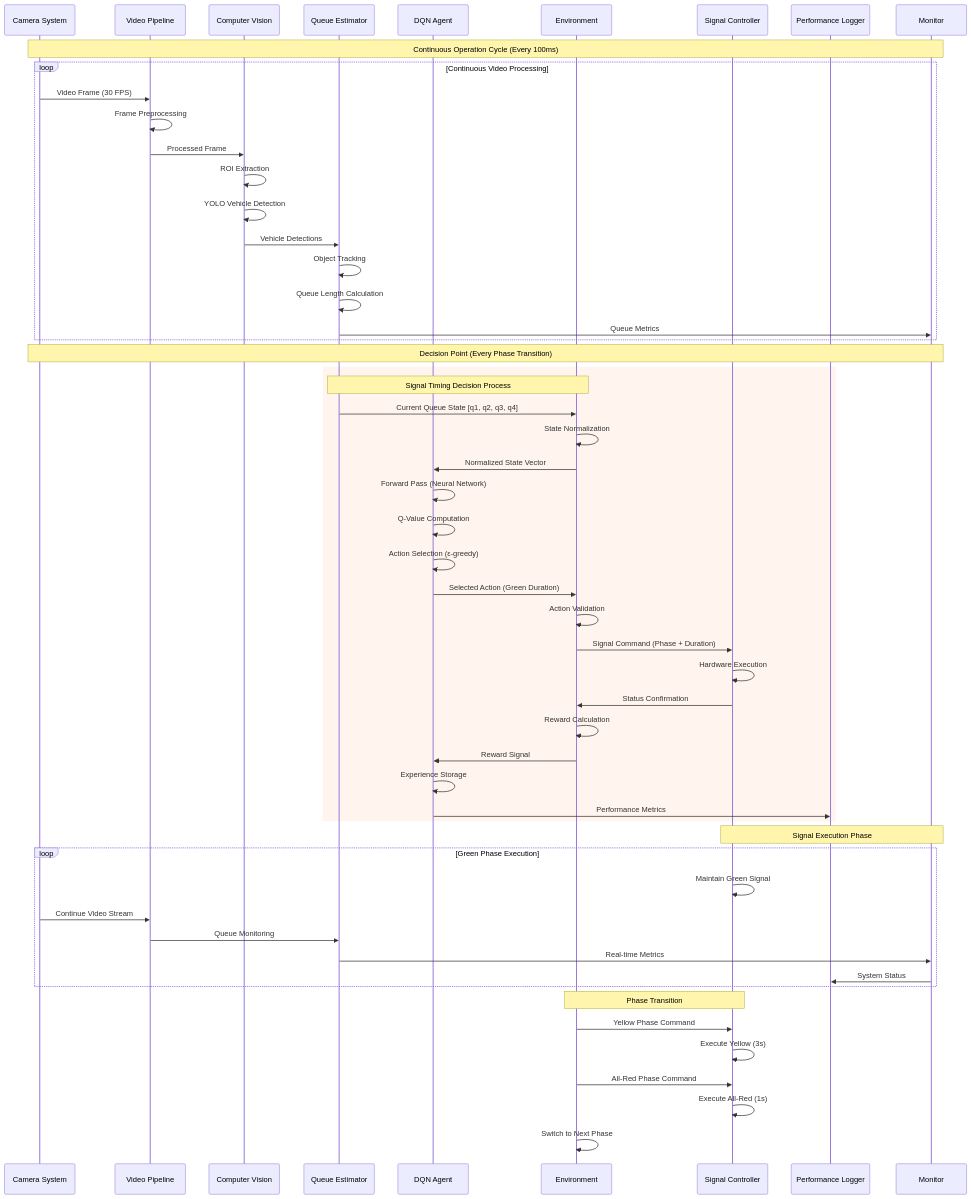
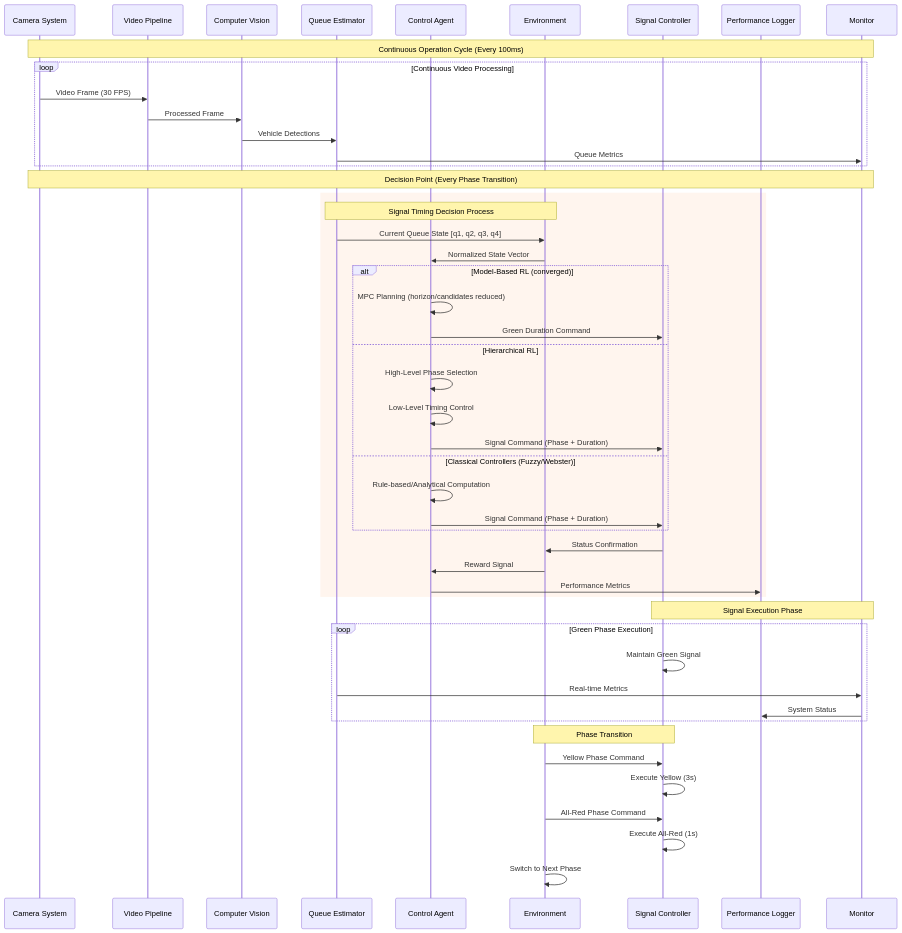
Before and after one commit to Bobbymkr/Projects: the first of 6 diagrams in sequence_diagram.md, drawn with Mermaid. The commit also changed other lines of this file and 16 other files, not shown here.

````diff
--- a/sequence_diagram.md
+++ b/sequence_diagram.md
@@ -11,67 +11,60 @@
 ```mermaid
 sequenceDiagram
     participant CAM as Camera System
     participant VP as Video Pipeline
     participant CV as Computer Vision
     participant QE as Queue Estimator
-    participant DQN as DQN Agent
+    participant AG as Control Agent
     participant ENV as Environment
     participant SC as Signal Controller
     participant LOG as Performance Logger
     participant MON as Monitor
 
     Note over CAM, MON: Continuous Operation Cycle (Every 100ms)
     
     loop Continuous Video Processing
         CAM->>VP: Video Frame (30 FPS)
-        VP->>VP: Frame Preprocessing
         VP->>CV: Processed Frame
-        CV->>CV: ROI Extraction
-        CV->>CV: YOLO Vehicle Detection
         CV->>QE: Vehicle Detections
-        QE->>QE: Object Tracking
-        QE->>QE: Queue Length Calculation
         QE->>MON: Queue Metrics
     end
     
     Note over CAM, MON: Decision Point (Every Phase Transition)
     
     rect rgb(255, 245, 238)
         Note over QE, ENV: Signal Timing Decision Process
         QE->>ENV: Current Queue State [q1, q2, q3, q4]
-        ENV->>ENV: State Normalization
-        ENV->>DQN: Normalized State Vector
+        ENV->>AG: Normalized State Vector
         
-        DQN->>DQN: Forward Pass (Neural Network)
-        DQN->>DQN: Q-Value Computation
-        DQN->>DQN: Action Selection (ε-greedy)
-        DQN->>ENV: Selected Action (Green Duration)
+        alt Model-Based RL (converged)
+            AG->>AG: MPC Planning (horizon/candidates reduced)
+            AG->>SC: Green Duration Command
+        else Hierarchical RL
+            AG->>AG: High-Level Phase Selection
+            AG->>AG: Low-Level Timing Control
+            AG->>SC: Signal Command (Phase + Duration)
+        else Classical Controllers (Fuzzy/Webster)
+            AG->>AG: Rule-based/Analytical Computation
+            AG->>SC: Signal Command (Phase + Duration)
+        end
         
-        ENV->>ENV: Action Validation
-        ENV->>SC: Signal Command (Phase + Duration)
-        SC->>SC: Hardware Execution
         SC->>ENV: Status Confirmation
-        
-        ENV->>ENV: Reward Calculation
-        ENV->>DQN: Reward Signal
-        DQN->>DQN: Experience Storage
-        DQN->>LOG: Performance Metrics
+        ENV->>AG: Reward Signal
+        AG->>LOG: Performance Metrics
     end
     
     Note over SC, MON: Signal Execution Phase
     
     loop Green Phase Execution
         SC->>SC: Maintain Green Signal
-        CAM->>VP: Continue Video Stream
-        VP->>QE: Queue Monitoring
         QE->>MON: Real-time Metrics
         MON->>LOG: System Status
     end
     
     Note over ENV, SC: Phase Transition
     ENV->>SC: Yellow Phase Command
     SC->>SC: Execute Yellow (3s)
     ENV->>SC: All-Red Phase Command
     SC->>SC: Execute All-Red (1s)
     ENV->>ENV: Switch to Next Phase
 ```
````
